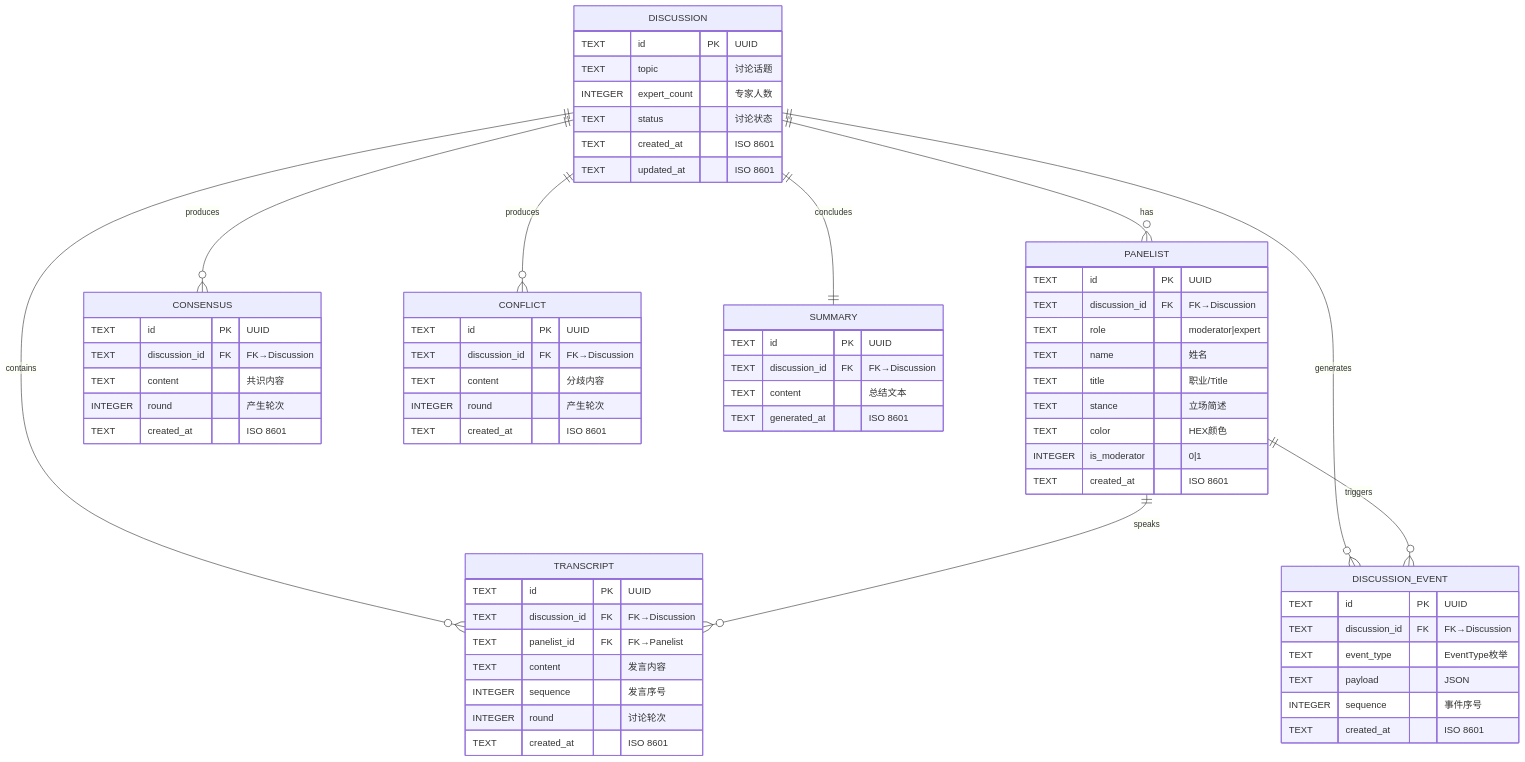
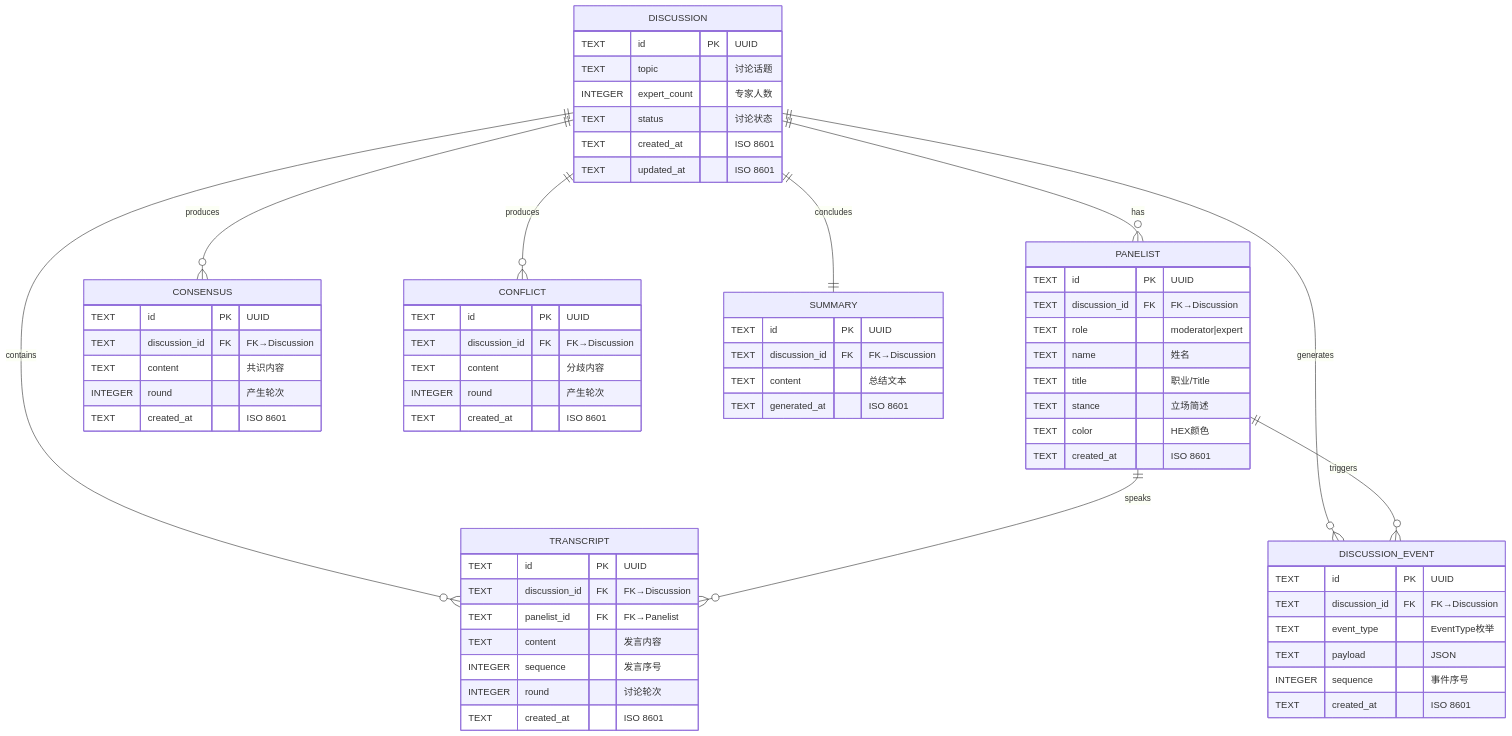
The diagram in docs/er.md (whwhwhwhwh-max/AI-Panel-Studio), drawn with Mermaid before and after one commit. The commit also changed 12 other files, not shown here.

Commit message:
chore: add backend scaffold and database schema

````diff
--- a/docs/er.md
+++ b/docs/er.md
@@ -9,74 +9,73 @@
 ```mermaid
 erDiagram
     DISCUSSION ||--o{ PANELIST : has
     DISCUSSION ||--o{ TRANSCRIPT : contains
     DISCUSSION ||--o{ DISCUSSION_EVENT : generates
     DISCUSSION ||--o{ CONSENSUS : produces
     DISCUSSION ||--o{ CONFLICT : produces
     DISCUSSION ||--|| SUMMARY : concludes
     PANELIST ||--o{ TRANSCRIPT : speaks
     PANELIST ||--o{ DISCUSSION_EVENT : triggers
 
     DISCUSSION {
         TEXT id PK "UUID"
         TEXT topic "讨论话题"
         INTEGER expert_count "专家人数"
         TEXT status "讨论状态"
         TEXT created_at "ISO 8601"
         TEXT updated_at "ISO 8601"
     }
 
     PANELIST {
         TEXT id PK "UUID"
         TEXT discussion_id FK "FK→Discussion"
         TEXT role "moderator|expert"
         TEXT name "姓名"
         TEXT title "职业/Title"
         TEXT stance "立场简述"
         TEXT color "HEX颜色"
-        INTEGER is_moderator "0|1"
         TEXT created_at "ISO 8601"
     }
 
     TRANSCRIPT {
         TEXT id PK "UUID"
         TEXT discussion_id FK "FK→Discussion"
         TEXT panelist_id FK "FK→Panelist"
         TEXT content "发言内容"
         INTEGER sequence "发言序号"
         INTEGER round "讨论轮次"
         TEXT created_at "ISO 8601"
     }
 
     DISCUSSION_EVENT {
         TEXT id PK "UUID"
         TEXT discussion_id FK "FK→Discussion"
         TEXT event_type "EventType枚举"
         TEXT payload "JSON"
         INTEGER sequence "事件序号"
         TEXT created_at "ISO 8601"
     }
 
     CONSENSUS {
         TEXT id PK "UUID"
         TEXT discussion_id FK "FK→Discussion"
         TEXT content "共识内容"
         INTEGER round "产生轮次"
         TEXT created_at "ISO 8601"
     }
 
     CONFLICT {
         TEXT id PK "UUID"
         TEXT discussion_id FK "FK→Discussion"
         TEXT content "分歧内容"
         INTEGER round "产生轮次"
         TEXT created_at "ISO 8601"
     }
 
     SUMMARY {
         TEXT id PK "UUID"
         TEXT discussion_id FK "FK→Discussion"
         TEXT content "总结文本"
         TEXT generated_at "ISO 8601"
     }
 ```
````
